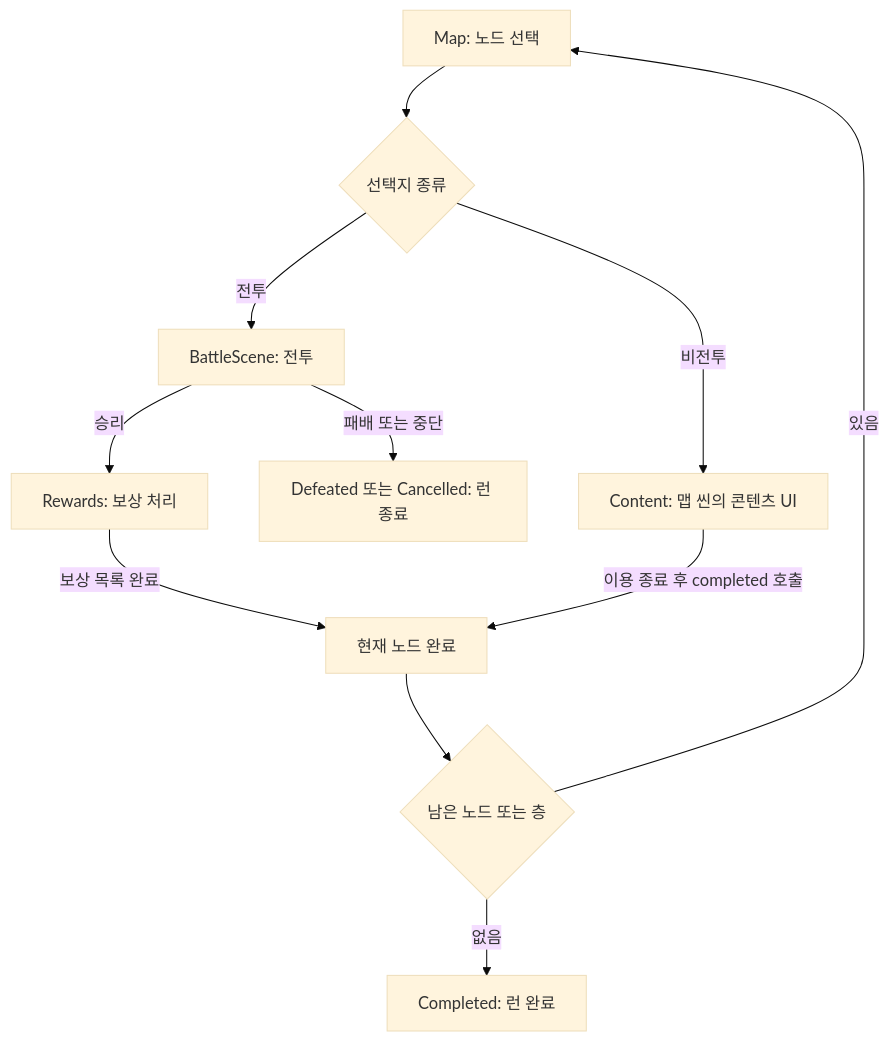
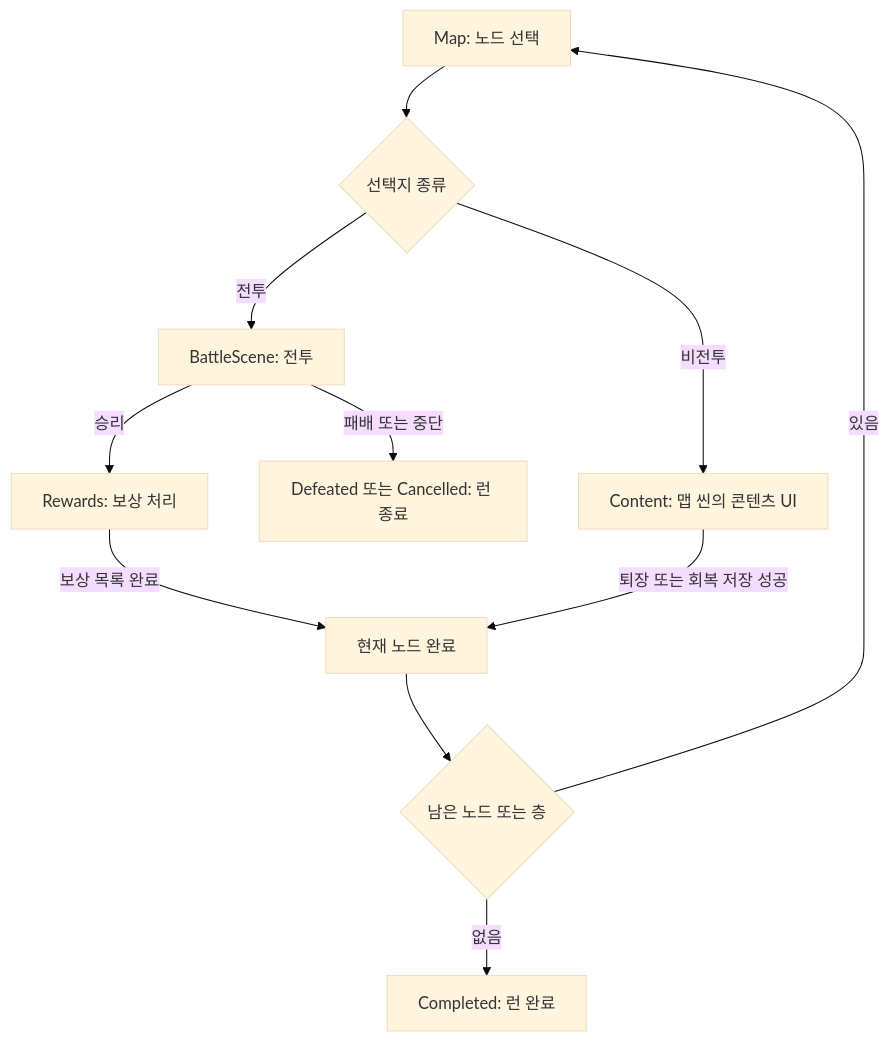
One commit to hun1hun1/Unity_ProjectDN changed the diagram in docs/MapSystem.md. Above: the diagram before and after it, drawn with Mermaid (base theme). The commit also changed other lines of this file and 63 other files, not shown here.

````diff
--- a/docs/MapSystem.md
+++ b/docs/MapSystem.md
@@ -53,13 +55,13 @@
 ```mermaid
 flowchart TD
     A[Map: 노드 선택] --> B{선택지 종류}
     B -->|전투| C[BattleScene: 전투]
     C -->|승리| D[Rewards: 보상 처리]
     D -->|보상 목록 완료| E[현재 노드 완료]
     B -->|비전투| F[Content: 맵 씬의 콘텐츠 UI]
-    F -->|이용 종료 후 completed 호출| E
+    F -->|퇴장 또는 회복 저장 성공| E
     E --> G{남은 노드 또는 층}
     G -->|있음| A
     G -->|없음| H[Completed: 런 완료]
     C -->|패배 또는 중단| I[Defeated 또는 Cancelled: 런 종료]
 ```
````
